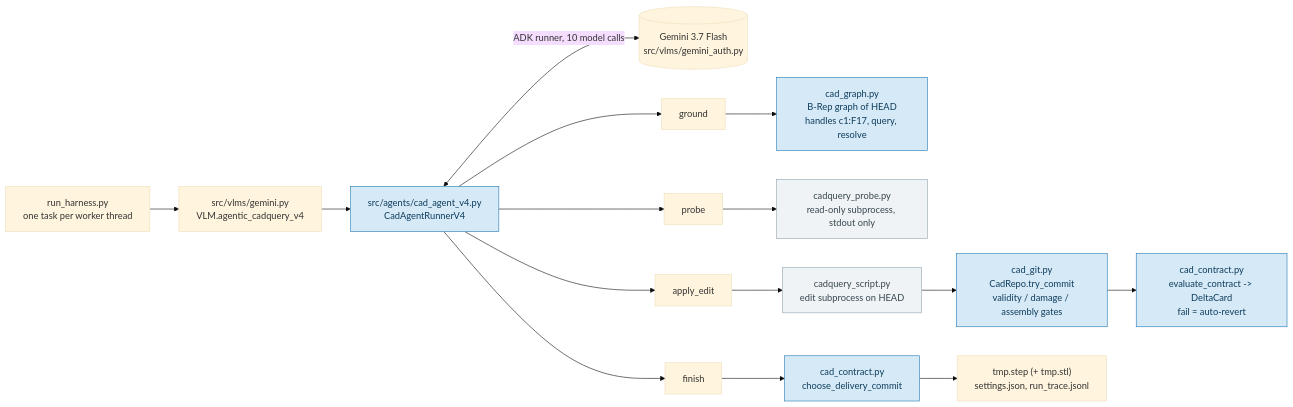
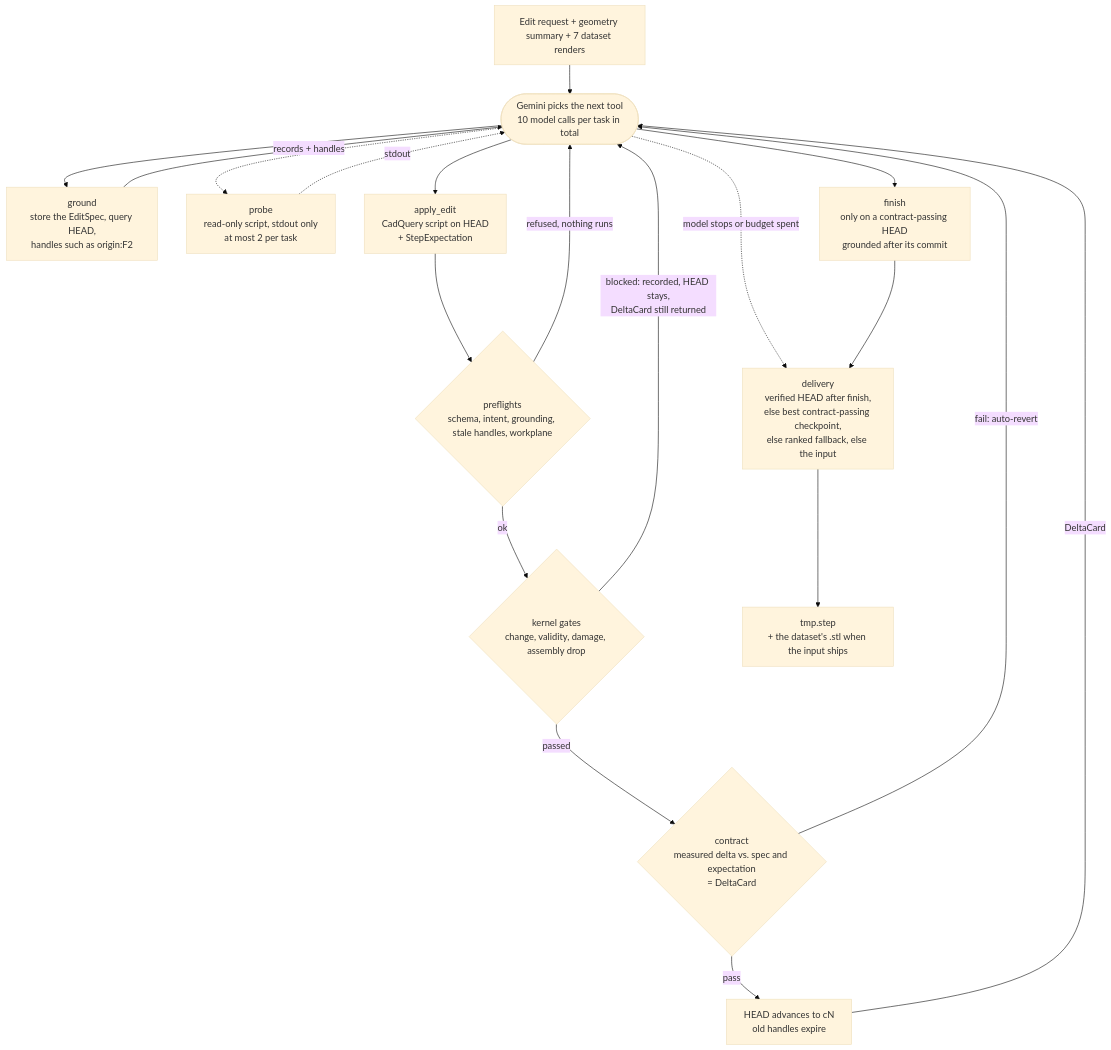
The diagram in README.md (schaefer-iib-tu-darmstadt/IDETC26-Hackathon-Autodesk-neuralCAD-Edit), drawn with Mermaid (base theme) before and after one commit. The commit also changed other lines of this file and 4 other files, not shown here.

Commit message:
Docs: slim README; add REPRODUCING, CHANGES and walkthrough figure; fix ARCHITECTURE

````diff
--- a/README.md
+++ b/README.md
@@ -118,22 +38,22 @@
 ```mermaid
-flowchart LR
-    H["run_harness.py<br/>one task per worker thread"] --> V["src/vlms/gemini.py<br/>VLM.agentic_cadquery_v4"]
-    V --> R["src/agents/cad_agent_v4.py<br/>CadAgentRunnerV4"]
-    R <-->|"ADK runner, 10 model calls"| M[("Gemini 3.7 Flash<br/>src/vlms/gemini_auth.py")]
-    R --> T1["ground"]
-    R --> T2["probe"]
-    R --> T3["apply_edit"]
-    R --> T4["finish"]
-    T1 --> G["cad_graph.py<br/>B-Rep graph of HEAD<br/>handles c1:F17, query, resolve"]
-    T2 --> P["cadquery_probe.py<br/>read-only subprocess, stdout only"]
-    T3 --> W["cadquery_script.py<br/>edit subprocess on HEAD"]
-    W --> C["cad_git.py<br/>CadRepo.try_commit<br/>validity / damage / assembly gates"]
-    C --> K["cad_contract.py<br/>evaluate_contract -> DeltaCard<br/>fail = auto-revert"]
-    T4 --> D["cad_contract.py<br/>choose_delivery_commit"]
-    D --> O["tmp.step (+ tmp.stl)<br/>settings.json, run_trace.jsonl"]
-
-    classDef core fill:#D6E9F6,stroke:#1F77B4,color:#0D3C5C
-    classDef sub fill:#F0F3F5,stroke:#90A4AE,color:#37474F
-    class R,G,C,K,D core
-    class P,W sub
+flowchart TD
+    IN["Edit request + geometry summary + 7 dataset renders"] --> M
+    M(["Gemini picks the next tool<br/>10 model calls per task in total"])
+    M --> GR["ground<br/>store the EditSpec, query HEAD,<br/>handles such as origin:F2"]
+    GR -->|"records + handles"| M
+    M -.-> PR["probe<br/>read-only script, stdout only<br/>at most 2 per task"]
+    PR -.->|"stdout"| M
+    M --> AE["apply_edit<br/>CadQuery script on HEAD<br/>+ StepExpectation"]
+    AE --> PF{"preflights<br/>schema, intent, grounding, stale handles, workplane"}
+    PF -->|"refused, nothing runs"| M
+    PF -->|"ok"| KG{"kernel gates<br/>change, validity, damage, assembly drop"}
+    KG -->|"blocked: recorded, HEAD stays,<br/>DeltaCard still returned"| M
+    KG -->|"passed"| CT{"contract<br/>measured delta vs. spec and expectation<br/>= DeltaCard"}
+    CT -->|"fail: auto-revert"| M
+    CT -->|"pass"| HD["HEAD advances to cN<br/>old handles expire"]
+    HD -->|"DeltaCard"| M
+    M --> FI["finish<br/>only on a contract-passing HEAD<br/>grounded after its commit"]
+    M -.->|"model stops or budget spent"| DL
+    FI --> DL["delivery<br/>verified HEAD after finish,<br/>else best contract-passing checkpoint,<br/>else ranked fallback, else the input"]
+    DL --> OUT["tmp.step<br/>+ the dataset's .stl when the input ships"]
 ```
````
